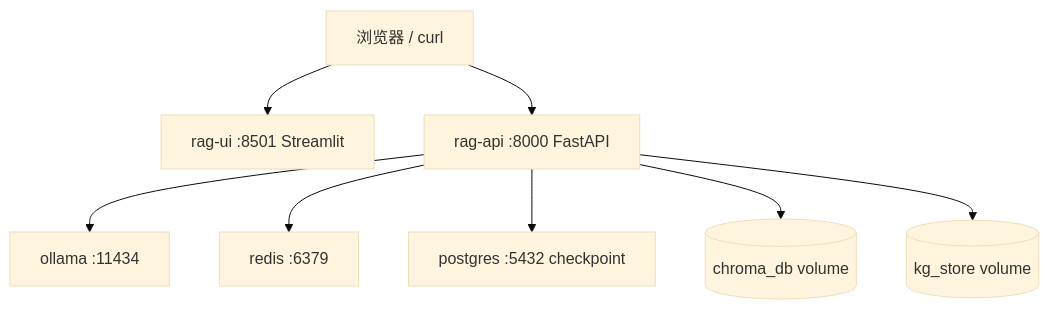
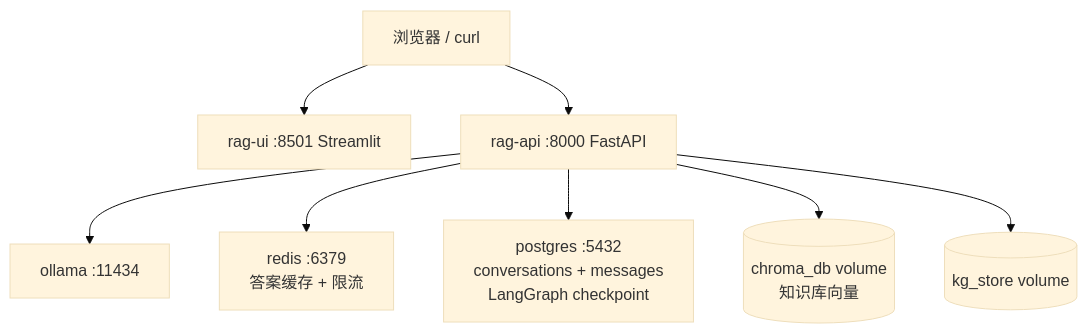
One commit to charlie-chann/ai-agent-langgraph-main changed the diagram in project_00_rag_agent/docs/diagrams/source/21_docker_topology.mmd. Above: the diagram before and after it, drawn with Mermaid (base theme). The commit also changed 28 other files, not shown here.

Commit message:
docs(project_00): 补充架构图与 Docker/对话链路文档

```diff
--- a/project_00_rag_agent/docs/diagrams/source/21_docker_topology.mmd
+++ b/project_00_rag_agent/docs/diagrams/source/21_docker_topology.mmd
@@ -1,9 +1,9 @@
 flowchart TB
     USER[浏览器 / curl] --> UI[rag-ui :8501 Streamlit]
     USER --> API[rag-api :8000 FastAPI]
 
     API --> OLL[ollama :11434]
-    API --> REDIS[redis :6379]
-    API --> PG[postgres :5432 checkpoint]
-    API --> VOL1[(chroma_db volume)]
+    API --> REDIS[redis :6379<br/>答案缓存 + 限流]
+    API --> PG["postgres :5432<br/>conversations + messages<br/>LangGraph checkpoint"]
+    API --> VOL1[(chroma_db volume<br/>知识库向量)]
     API --> VOL2[(kg_store volume)]
```
